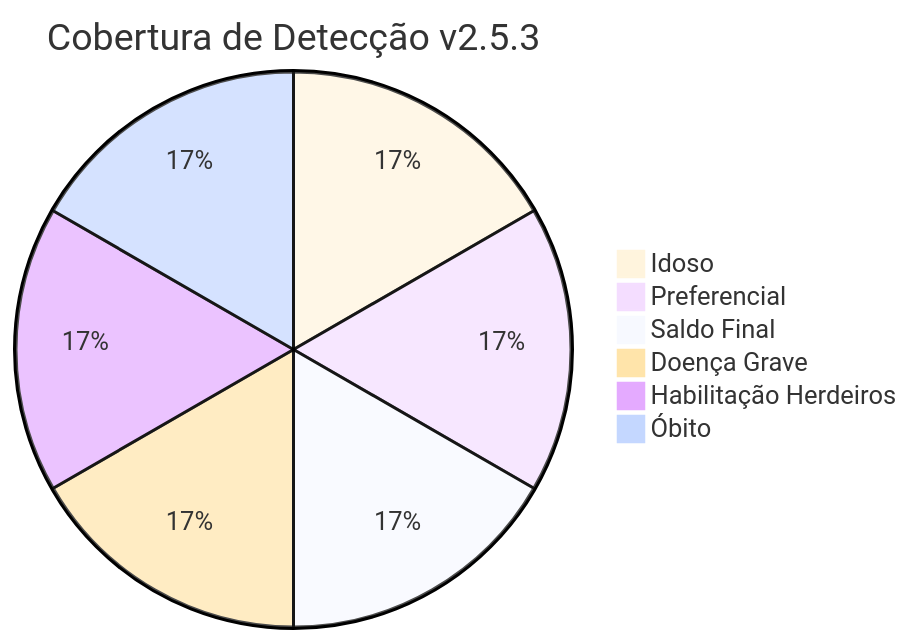
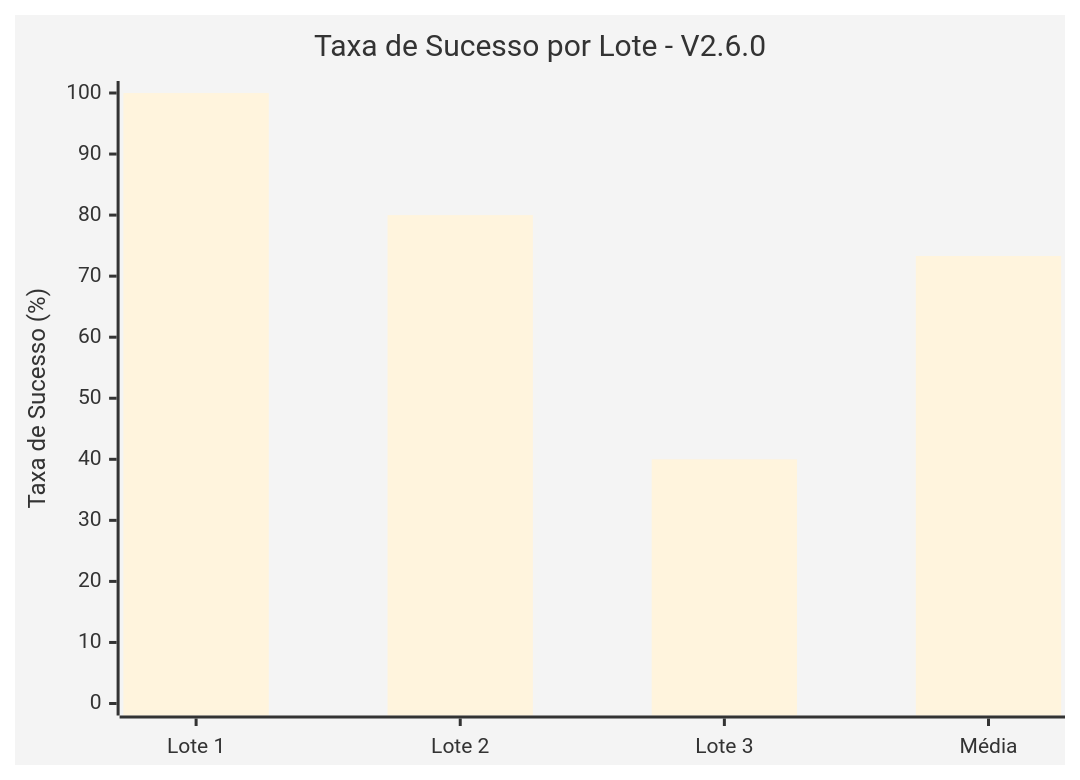
The second of 2 diagrams in README.md (revisaprecatorio/ocr-oficios-tjsp), drawn with Mermaid before and after one commit. The commit also changed other lines of this file, not shown here.

````diff
--- a/README.md
+++ b/README.md
@@ -42,10 +43,8 @@
 ```mermaid
 %%{init: {'theme':'base'}}%%
-pie title Cobertura de Detecção v2.5.3
-    "Idoso" : 100
-    "Preferencial" : 100
-    "Saldo Final" : 100
-    "Doença Grave" : 100
-    "Habilitação Herdeiros" : 100
-    "Óbito" : 100
+xychart-beta
+    title "Taxa de Sucesso por Lote - V2.6.0"
+    x-axis ["Lote 1" , "Lote 2", "Lote 3", "Média"]
+    y-axis "Taxa de Sucesso (%)" 0 --> 100
+    bar [100, 80, 40, 73.3]
 ```
````
